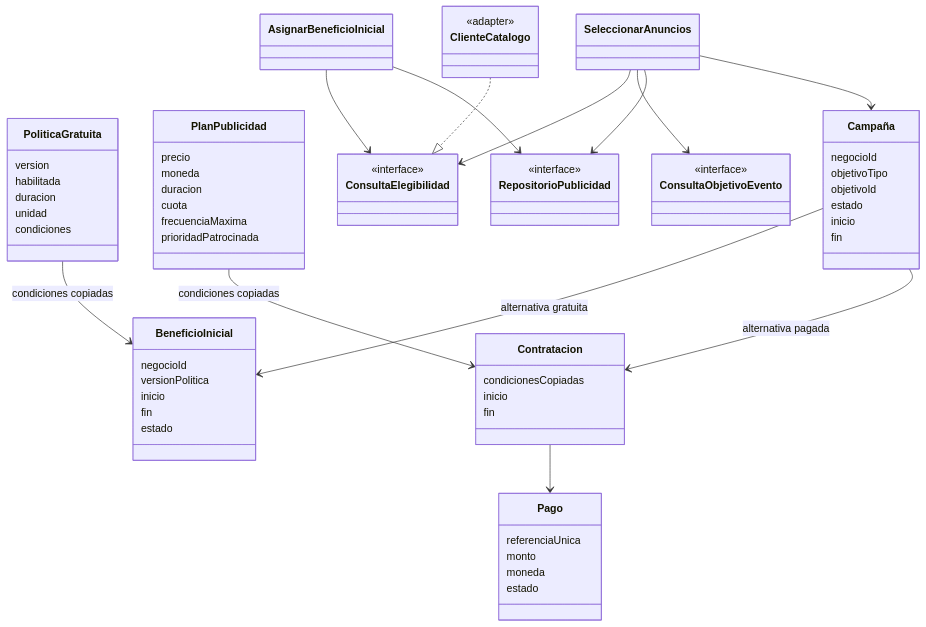
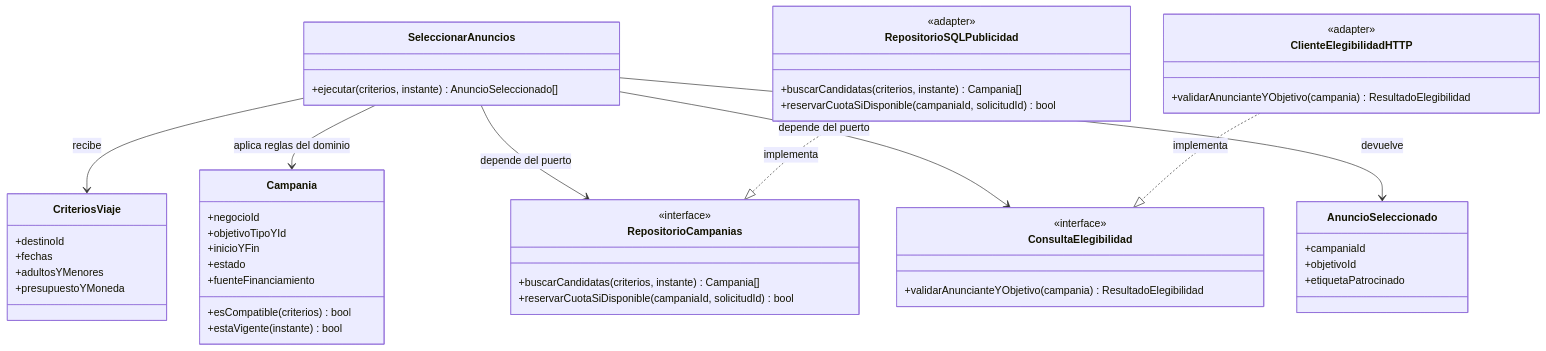
The diagram in modelo-c4/Nivel4-DiagramadeCodigo.md (cristianllallahui27-commits/LlegueYa), drawn with Mermaid before and after one commit. The commit also changed other lines of this file and 34 other files, not shown here.

````diff
--- a/modelo-c4/Nivel4-DiagramadeCodigo.md
+++ b/modelo-c4/Nivel4-DiagramadeCodigo.md
@@ -5,70 +9,51 @@
 ```mermaid
 classDiagram
-    class PoliticaGratuita {
-        version
-        habilitada
-        duracion
-        unidad
-        condiciones
+    class SeleccionarAnuncios {
+        +ejecutar(criterios, instante) AnuncioSeleccionado[]
     }
-    class BeneficioInicial {
-        negocioId
-        versionPolitica
-        inicio
-        fin
-        estado
+    class CriteriosViaje {
+        +destinoId
+        +fechas
+        +adultosYMenores
+        +presupuestoYMoneda
     }
-    class PlanPublicidad {
-        precio
-        moneda
-        duracion
-        cuota
-        frecuenciaMaxima
-        prioridadPatrocinada
+    class Campania {
+        +negocioId
+        +objetivoTipoYId
+        +inicioYFin
+        +estado
+        +fuenteFinanciamiento
+        +esCompatible(criterios) bool
+        +estaVigente(instante) bool
     }
-    class Contratacion {
-        condicionesCopiadas
-        inicio
-        fin
+    class AnuncioSeleccionado {
+        +campaniaId
+        +objetivoId
+        +etiquetaPatrocinado
     }
-    class Campaña {
-        negocioId
-        objetivoTipo
-        objetivoId
-        estado
-        inicio
-        fin
+    class RepositorioCampanias {
+        <<interface>>
+        +buscarCandidatas(criterios, instante) Campania[]
+        +reservarCuotaSiDisponible(campaniaId, solicitudId) bool
     }
-    class Pago {
-        referenciaUnica
-        monto
-        moneda
-        estado
-    }
-    class AsignarBeneficioInicial
-    class SeleccionarAnuncios
     class ConsultaElegibilidad {
         <<interface>>
+        +validarAnuncianteYObjetivo(campania) ResultadoElegibilidad
     }
-    class RepositorioPublicidad {
-        <<interface>>
+    class RepositorioSQLPublicidad {
+        <<adapter>>
+        +buscarCandidatas(criterios, instante) Campania[]
+        +reservarCuotaSiDisponible(campaniaId, solicitudId) bool
     }
-    class ConsultaObjetivoEvento {
-        <<interface>>
+    class ClienteElegibilidadHTTP {
+        <<adapter>>
+        +validarAnuncianteYObjetivo(campania) ResultadoElegibilidad
     }
-    class ClienteCatalogo {
-        <<adapter>>
-    }
-    PoliticaGratuita --> BeneficioInicial : condiciones copiadas
-    PlanPublicidad --> Contratacion : condiciones copiadas
-    Contratacion --> Pago
-    Campaña --> BeneficioInicial : alternativa gratuita
-    Campaña --> Contratacion : alternativa pagada
-    AsignarBeneficioInicial --> ConsultaElegibilidad
-    AsignarBeneficioInicial --> RepositorioPublicidad
-    SeleccionarAnuncios --> ConsultaElegibilidad
-    SeleccionarAnuncios --> ConsultaObjetivoEvento
-    SeleccionarAnuncios --> RepositorioPublicidad
-    SeleccionarAnuncios --> Campaña
-    ClienteCatalogo ..|> ConsultaElegibilidad
+    SeleccionarAnuncios --> CriteriosViaje : recibe
+    SeleccionarAnuncios --> Campania : aplica reglas del dominio
+    SeleccionarAnuncios --> RepositorioCampanias : depende del puerto
+    SeleccionarAnuncios --> ConsultaElegibilidad : depende del puerto
+    SeleccionarAnuncios --> AnuncioSeleccionado : devuelve
+    RepositorioSQLPublicidad ..|> RepositorioCampanias : implementa
+    ClienteElegibilidadHTTP ..|> ConsultaElegibilidad : implementa
 ```
````
